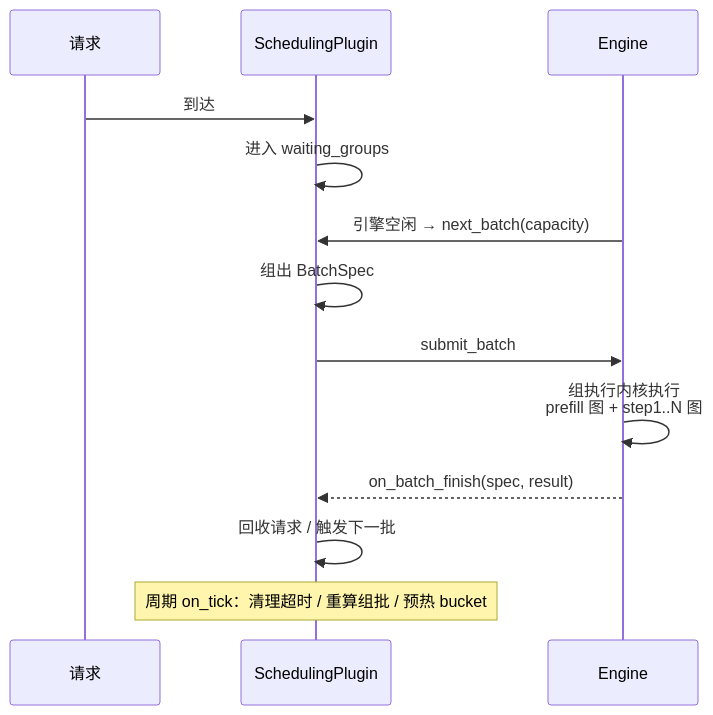
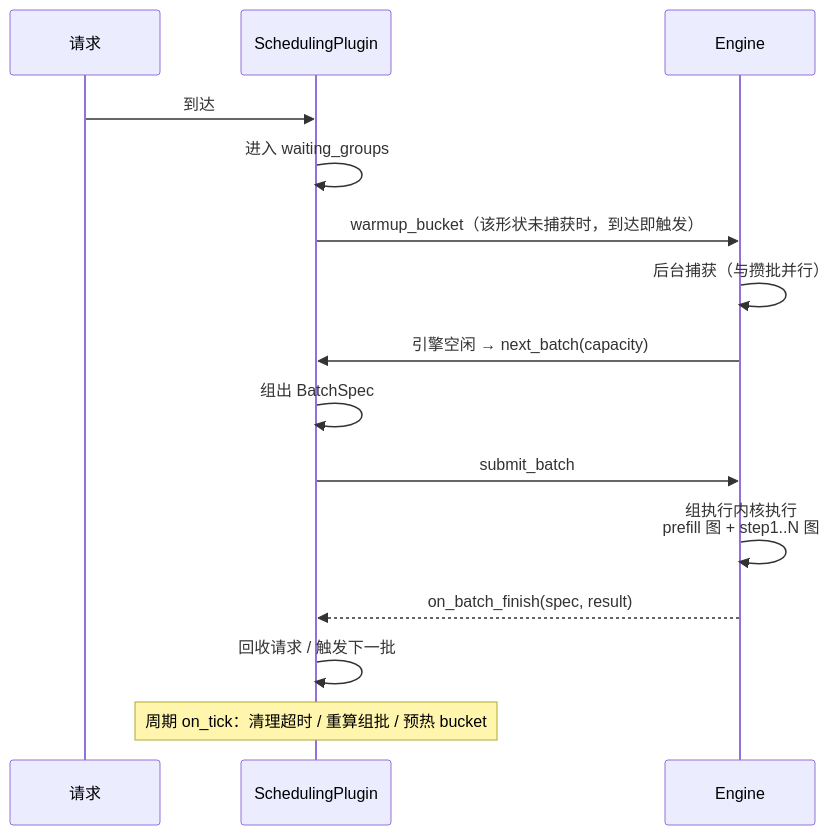
The tenth of 10 diagrams in 调度策略插件独立设计文档.md (ZhiYunpenghuawei/p1), drawn with Mermaid before and after one commit. The commit also changed other lines of this file, not shown here.

````diff
--- a/调度策略插件独立设计文档.md
+++ b/调度策略插件独立设计文档.md
@@ -580,16 +587,18 @@
 ```mermaid
 sequenceDiagram
     participant R as 请求
     participant P as SchedulingPlugin
     participant E as Engine
 
     R->>P: 到达
     P->>P: 进入 waiting_groups
+    P->>E: warmup_bucket（该形状未捕获时，到达即触发）
+    E->>E: 后台捕获（与攒批并行）
     E->>P: 引擎空闲 → next_batch(capacity)
     P->>P: 组出 BatchSpec
     P->>E: submit_batch
     E->>E: 组执行内核执行<br>prefill 图 + step1..N 图
     E-->>P: on_batch_finish(spec, result)
     P->>P: 回收请求 / 触发下一批
     Note over P: 周期 on_tick：清理超时 / 重算组批 / 预热 bucket
 ```
````
